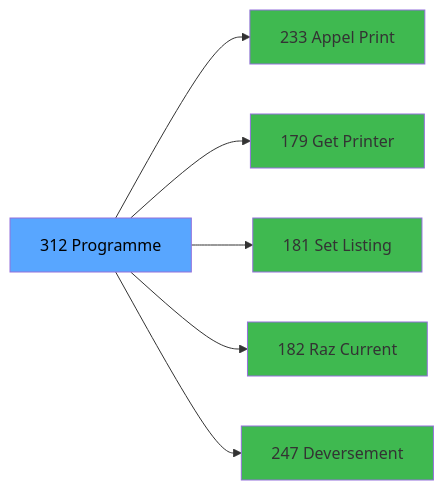
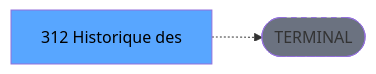
Before and after one commit to thonyAGP/lecteur-magic: the third of 3 diagrams in .openspec/specs/ADH-IDE-312.md, drawn with Mermaid. The commit also changed other lines of this file and 701 other files, not shown here.

````diff
--- a/.openspec/specs/ADH-IDE-312.md
+++ b/.openspec/specs/ADH-IDE-312.md
@@ -168,20 +154,8 @@
 ```mermaid
 graph LR
-    T[312 Programme]
-    C233[233 Appel Print ]
-    T --> C233
-    C179[179 Get Printer]
-    T --> C179
-    C181[181 Set Listing ]
-    T --> C181
-    C182[182 Raz Current ]
-    T --> C182
-    C247[247 Deversement ]
-    T --> C247
+    T[312 Historique des ]
+    TERM([TERMINAL])
+    T -.-> TERM
+    style TERM fill:#6b7280,stroke-dasharray: 5 5
     style T fill:#58a6ff,color:#000
-    style C233 fill:#3fb950
-    style C179 fill:#3fb950
-    style C181 fill:#3fb950
-    style C182 fill:#3fb950
-    style C247 fill:#3fb950
 ```
````
